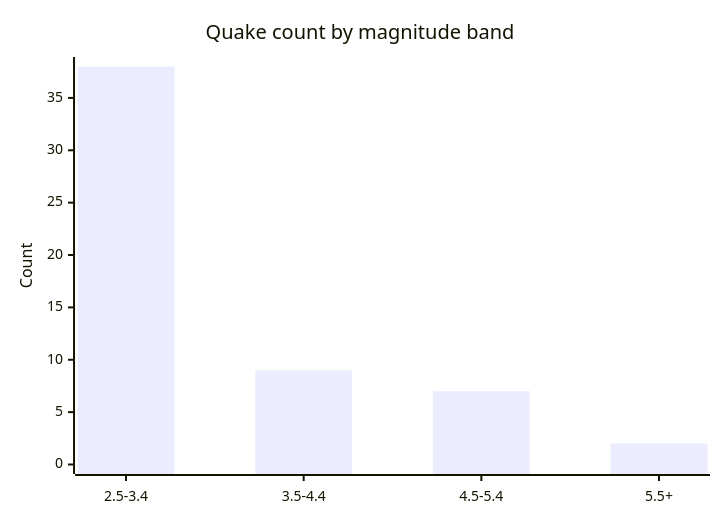
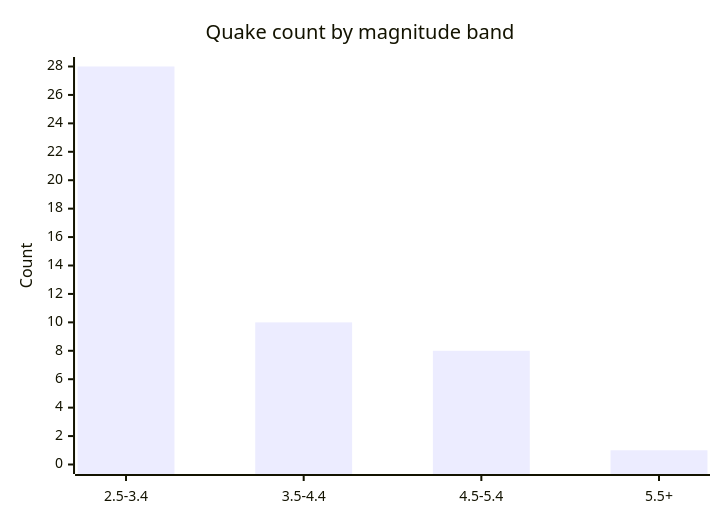
One commit to Midwest-Stratospheric/aerostratospheric-defense-gir changed the fifth of 6 diagrams in docs/GRAPHS.md. Above: the diagram before and after it, drawn with Mermaid. The commit also changed other lines of this file and 24 other files, not shown here.

````diff
--- a/docs/GRAPHS.md
+++ b/docs/GRAPHS.md
@@ -82,7 +82,7 @@
 ```mermaid
 xychart-beta
   title "Quake count by magnitude band"
   x-axis ["2.5-3.4", "3.5-4.4", "4.5-5.4", "5.5+"]
-  y-axis "Count" 0 --> 38
-  bar [38, 9, 7, 2]
+  y-axis "Count" 0 --> 28
+  bar [28, 10, 8, 1]
 ```
````
